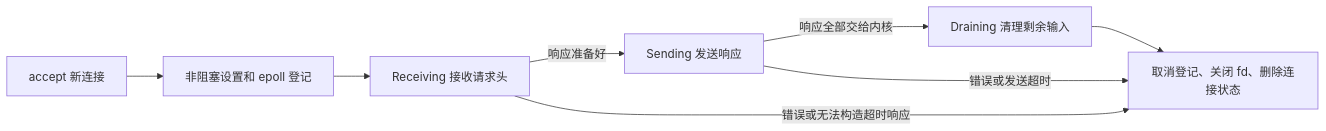
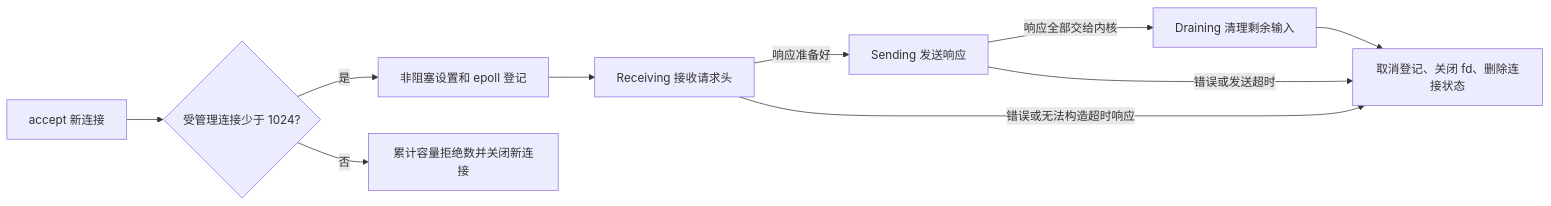
One commit to orangejuice105/CppServer changed the diagram in README.md. Above: the diagram before and after it, drawn with Mermaid. The commit also changed other lines of this file, not shown here.

````diff
--- a/README.md
+++ b/README.md
@@ -38,10 +49,12 @@
 ```mermaid
 flowchart LR
-    A[accept 新连接] --> B[非阻塞设置和 epoll 登记]
+    A[accept 新连接] --> L{受管理连接少于 1024?}
+    L -->|是| B[非阻塞设置和 epoll 登记]
+    L -->|否| R[累计容量拒绝数并关闭新连接]
     B --> C[Receiving 接收请求头]
     C -->|响应准备好| D[Sending 发送响应]
     D -->|响应全部交给内核| E[Draining 清理剩余输入]
     E --> F[取消登记、关闭 fd、删除连接状态]
     C -->|错误或无法构造超时响应| F
     D -->|错误或发送超时| F
 ```
````
